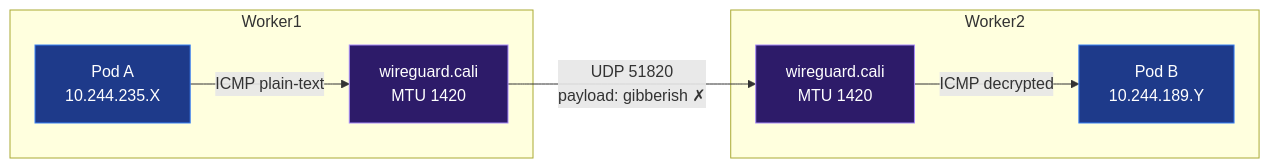
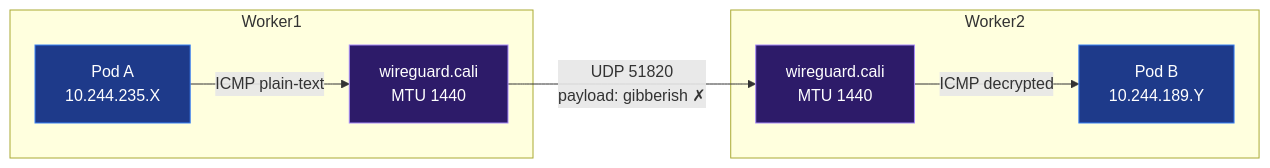
One commit to thangphan205/network-thuc-chien changed the second of 2 diagrams in kubernetes-networking/k8s-lab/tap-17-wireguard/lab-guide.md. Above: the diagram before and after it, drawn with Mermaid. The commit also changed other lines of this file and 1 other file, not shown here.

Commit message:
docs: update WireGuard MTU calculations and configuration values to 1440 bytes

````diff
--- a/kubernetes-networking/k8s-lab/tap-17-wireguard/lab-guide.md
+++ b/kubernetes-networking/k8s-lab/tap-17-wireguard/lab-guide.md
@@ -42,20 +42,20 @@
 ```mermaid
 graph LR
     subgraph Worker1
         PodA["Pod A\n10.244.235.X"]
-        wg1["wireguard.cali\nMTU 1420"]
+        wg1["wireguard.cali\nMTU 1440"]
     end
     subgraph Worker2
-        wg2["wireguard.cali\nMTU 1420"]
+        wg2["wireguard.cali\nMTU 1440"]
         PodB["Pod B\n10.244.189.Y"]
     end
 
     PodA -->|"ICMP plain-text"| wg1
     wg1 -->|"UDP 51820\npayload: gibberish ✗"| wg2
     wg2 -->|"ICMP decrypted"| PodB
 
     classDef pod fill:#1e3a8a,stroke:#3b82f6,color:#fff;
     classDef wg fill:#2d1b69,stroke:#a78bfa,color:#fff;
     class PodA,PodB pod;
     class wg1,wg2 wg;
 ```
````
